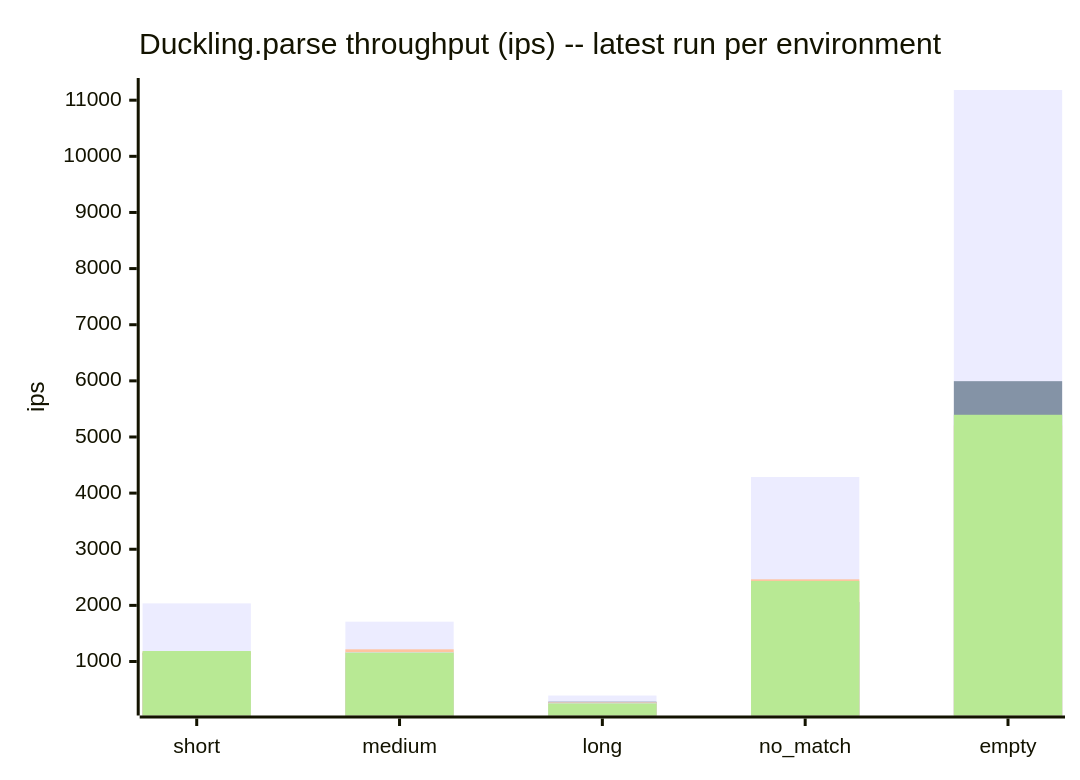
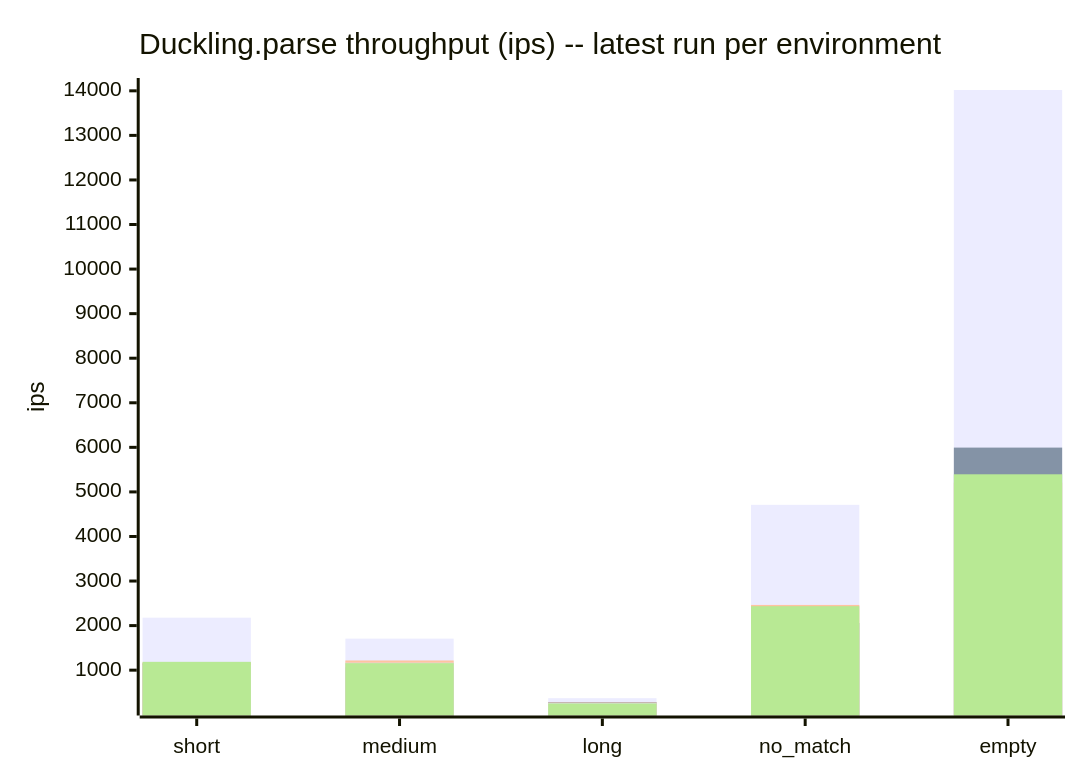
One commit to cpb/duckling changed the sixth of 7 diagrams in docs/benchmarks/README.md. Above: the diagram before and after it, drawn with Mermaid. The commit also changed other lines of this file and 1 other file, not shown here.

Commit message:
Record github-actions benchmark results for 0.4.2

````diff
--- a/docs/benchmarks/README.md
+++ b/docs/benchmarks/README.md
@@ -211,11 +211,11 @@
 ```mermaid
 xychart-beta
     title "Duckling.parse throughput (ips) -- latest run per environment"
     x-axis [short, medium, long, no_match, empty]
     y-axis "ips"
-    bar "github-actions" [2035.5, 1709.8, 393.8, 4287.8, 11181.6]
+    bar "github-actions" [2177.5, 1707.1, 371.9, 4709.8, 14018.5]
     bar "claude-code-web" [1154.4, 1064.6, 284.8, 2058.0, 5994.3]
     bar "local-3.3" [1175.1, 1217.2, 273.9, 2464.0, 5206.5]
     bar "local-3.4" [1116.0, 1168.6, 267.9, 2056.4, 4592.3]
     bar "local-4.0" [1187.1, 1156.8, 252.0, 2435.1, 5395.4]
 ```
````
